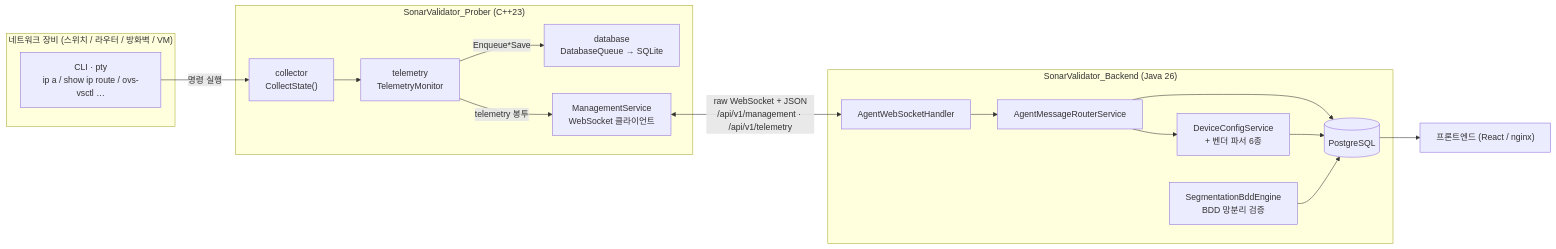
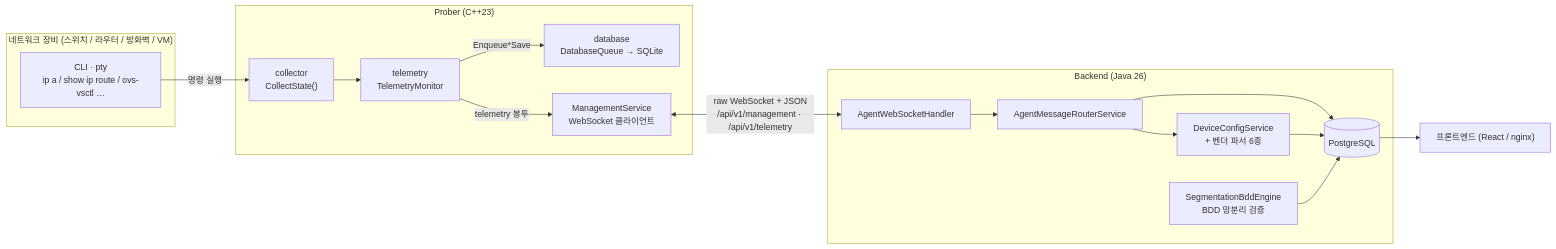
Before and after one commit to wayfarer6/SonarValidator: the first of 12 diagrams in docs/docs/Common/Class Diagram v1.md, drawn with Mermaid. The commit also changed 220 other files, not shown here.

````diff
--- a/docs/docs/Common/Class Diagram v1.md
+++ b/docs/docs/Common/Class Diagram v1.md
@@ -25,35 +25,35 @@
 ```mermaid
 flowchart LR
     subgraph DEV["네트워크 장비 (스위치 / 라우터 / 방화벽 / VM)"]
         CLI["CLI · pty<br/>ip a / show ip route / ovs-vsctl …"]
     end
 
-    subgraph PROBER["SonarValidator_Prober (C++23)"]
+    subgraph PROBER["Prober (C++23)"]
         COL["collector<br/>CollectState()"]
         TEL["telemetry<br/>TelemetryMonitor"]
         DBQ["database<br/>DatabaseQueue → SQLite"]
         MGMT["ManagementService<br/>WebSocket 클라이언트"]
     end
 
-    subgraph BACKEND["SonarValidator_Backend (Java 26)"]
+    subgraph BACKEND["Backend (Java 26)"]
         H["AgentWebSocketHandler"]
         R["AgentMessageRouterService"]
         CFG["DeviceConfigService<br/>+ 벤더 파서 6종"]
         BDD["SegmentationBddEngine<br/>BDD 망분리 검증"]
         RDB[("PostgreSQL")]
     end
 
     FE["프론트엔드 (React / nginx)"]
 
     CLI -->|"명령 실행"| COL
     COL --> TEL
     TEL -->|"Enqueue*Save"| DBQ
     TEL -->|"telemetry 봉투"| MGMT
     MGMT <-->|"raw WebSocket + JSON<br/>/api/v1/management · /api/v1/telemetry"| H
     H --> R
     R --> CFG
     R --> RDB
     CFG --> RDB
     BDD --> RDB
     RDB --> FE
 ```
````
